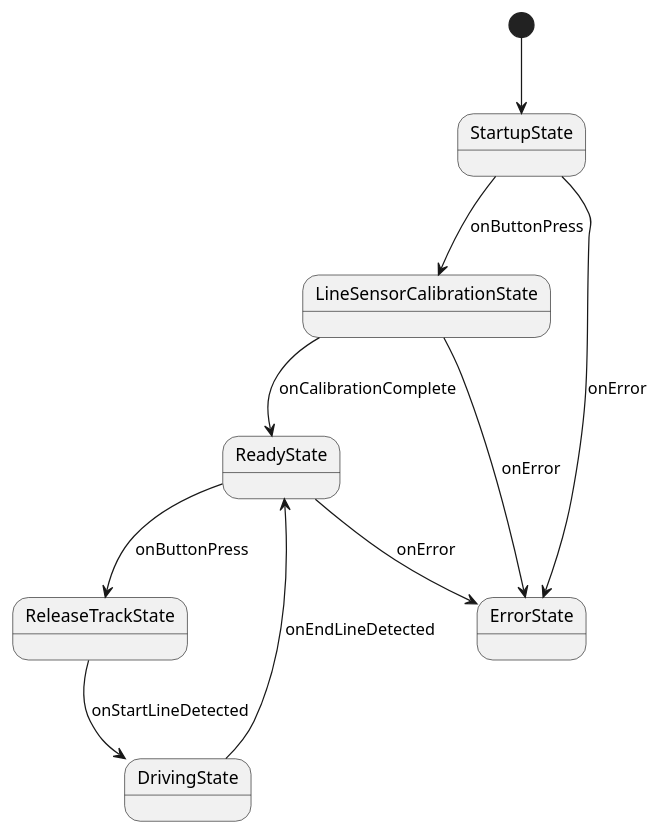
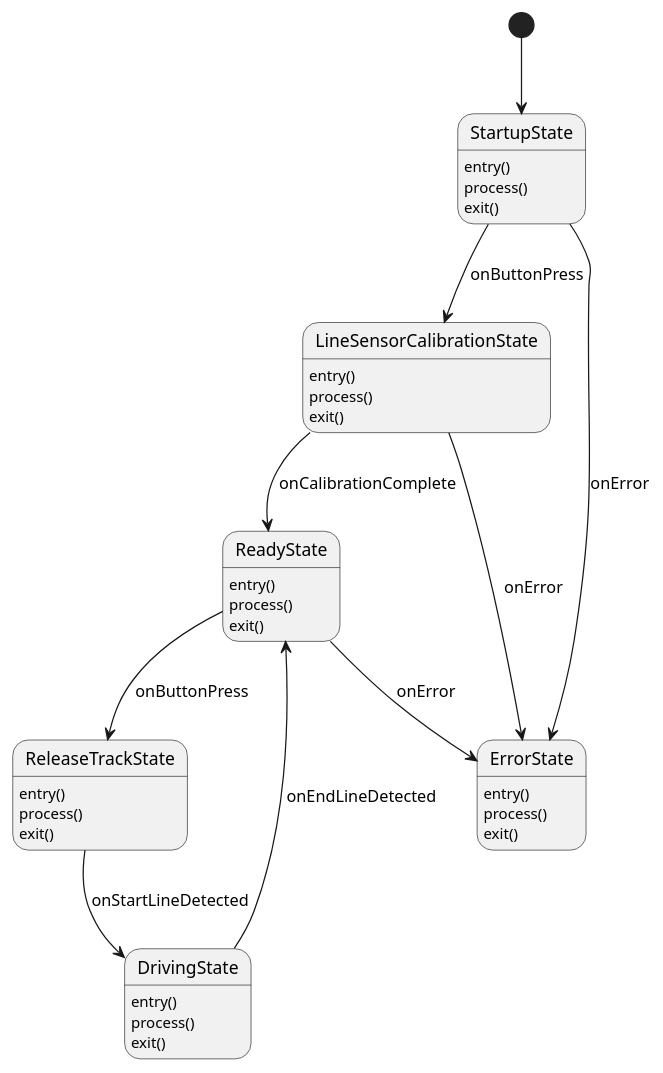
Before and after one commit to BlueAndi/DroidControlShip: the diagram in doc/SensorFusion/StateDiagram.puml, drawn with PlantUML.

Commit message:
Most Basic StateDiagram

```diff
--- a/doc/SensorFusion/StateDiagram.puml
+++ b/doc/SensorFusion/StateDiagram.puml
@@ -1,12 +1,32 @@
 @startuml StateDiagram
 [*] --> StartupState
 StartupState --> LineSensorCalibrationState : onButtonPress
 StartupState --> ErrorState : onError
 LineSensorCalibrationState --> ReadyState : onCalibrationComplete
 LineSensorCalibrationState --> ErrorState : onError
 ReadyState --> ReleaseTrackState : onButtonPress
 ReadyState --> ErrorState : onError
 ReleaseTrackState --> DrivingState : onStartLineDetected
 DrivingState --> ReadyState : onEndLineDetected
 
+StartupState : entry()
+StartupState : process()
+StartupState : exit()
+LineSensorCalibrationState : entry()
+LineSensorCalibrationState : process()
+LineSensorCalibrationState : exit()
+ReadyState : entry()
+ReadyState : process()
+ReadyState : exit()
+ReleaseTrackState : entry()
+ReleaseTrackState : process()
+ReleaseTrackState : exit()
+DrivingState : entry()
+DrivingState : process()
+DrivingState : exit()
+ErrorState : entry()
+ErrorState : process()
+ErrorState : exit()
+
+
 @enduml
```
